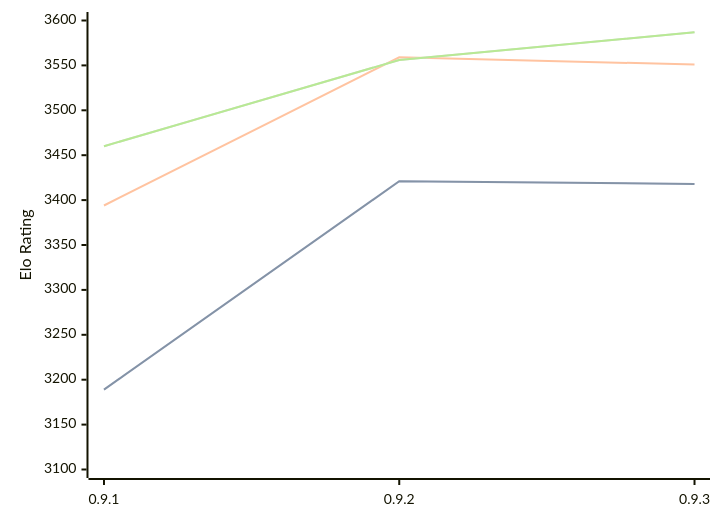
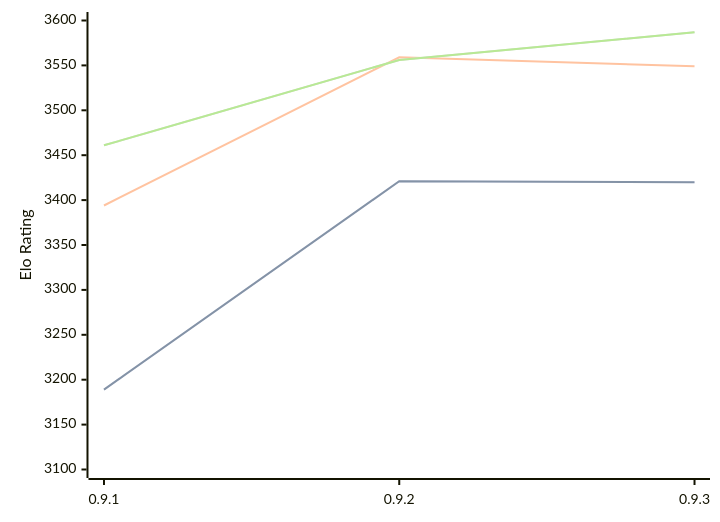
Before and after one commit to computer-chess-index/cci: the diagram in engines/Coda.md, drawn with Mermaid. The commit also changed other lines of this file, not shown here.

Commit message:
Update CCI Ratings (ELO VLTC) - 2026-07-29

````diff
--- a/engines/Coda.md
+++ b/engines/Coda.md
@@ -33,11 +33,11 @@
 ```mermaid
 %%{init: {"theme":"base","themeVariables":{"seriesColors:['#a3a3a3','#222221','#faa371']}}}%%
 xychart-beta
   x-axis ["0.9.1", "0.9.2", "0.9.3"]
   y-axis "Elo Rating" 3100 --> 3600
-  line "STC (8.0+0.08s)" [3189, 3421, 3418]
-  line "STC (8.0+0.08s)" [3189, 3421, 3418]
-  line "LTC (60.0+0.60s)" [3394, 3559, 3551]
-  line "VLTC (2m24s+1.12s)" [3460, 3556, 3587]
-  line "VLTC (2m24s+1.12s)" [3460, 3556, 3587]
+  line "STC (8.0+0.08s)" [3189, 3421, 3420]
+  line "STC (8.0+0.08s)" [3189, 3421, 3420]
+  line "LTC (60.0+0.60s)" [3394, 3559, 3549]
+  line "VLTC (2m24s+1.12s)" [3461, 3556, 3587]
+  line "VLTC (2m24s+1.12s)" [3461, 3556, 3587]
 ```
````
